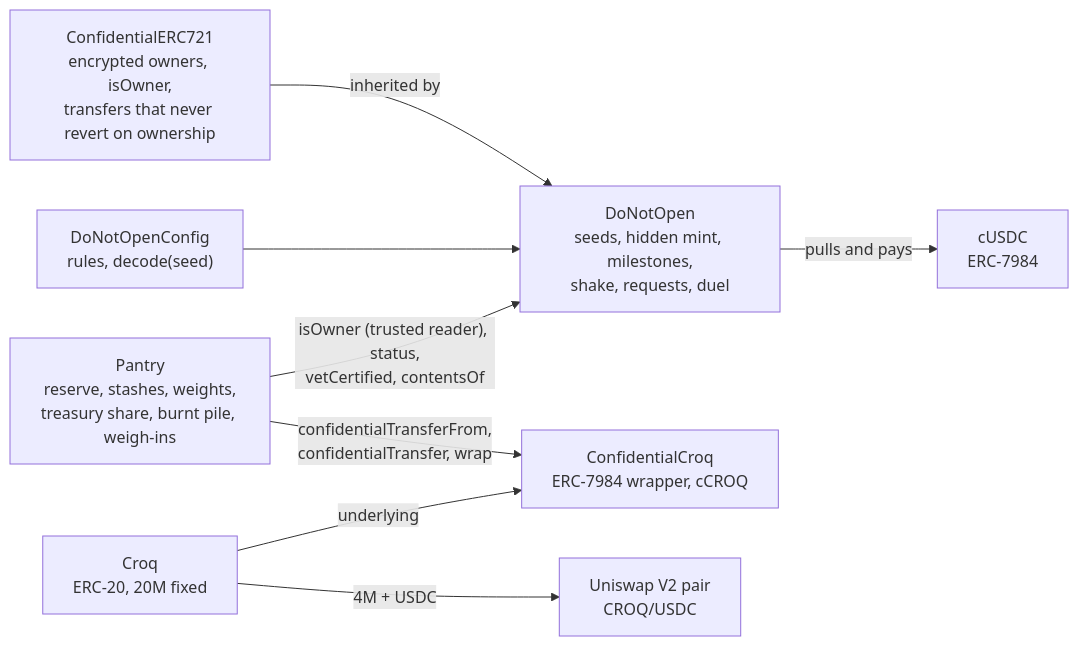
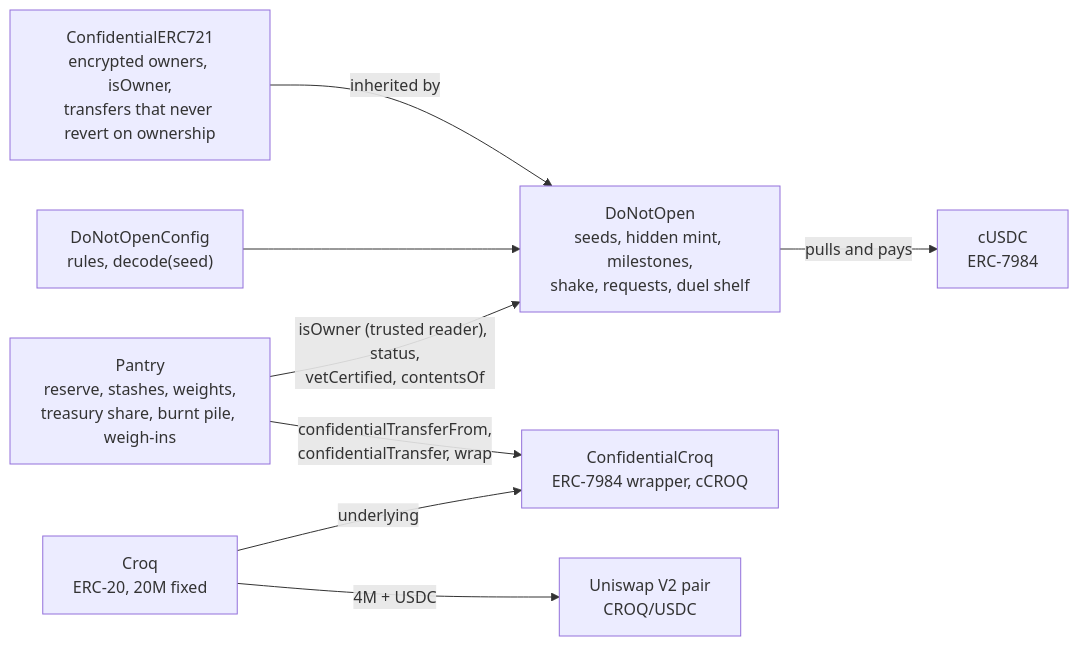
One commit to jecombe/do_not_open changed the third of 6 diagrams in docs/ARCHITECTURE.md. Above: the diagram before and after it, drawn with Mermaid. The commit also changed other lines of this file and 35 other files, not shown here.

First line of the commit message:
Deploy the duel shelf on Sepolia, and bring the docs along

````diff
--- a/docs/ARCHITECTURE.md
+++ b/docs/ARCHITECTURE.md
@@ -66,10 +66,10 @@
 ```mermaid
 flowchart LR
   base["ConfidentialERC721<br/>encrypted owners, isOwner,<br/>transfers that never revert on ownership"] -- "inherited by" --> dno
-  cfg["DoNotOpenConfig<br/>rules, decode(seed)"] --> dno["DoNotOpen<br/>seeds, hidden mint, milestones,<br/>shake, requests, duel"]
+  cfg["DoNotOpenConfig<br/>rules, decode(seed)"] --> dno["DoNotOpen<br/>seeds, hidden mint, milestones,<br/>shake, requests, duel shelf"]
   dno -- "pulls and pays" --> cusdc["cUSDC<br/>ERC-7984"]
   croq["Croq<br/>ERC-20, 20M fixed"] -- "underlying" --> ccroq["ConfidentialCroq<br/>ERC-7984 wrapper, cCROQ"]
   pantry["Pantry<br/>reserve, stashes, weights,<br/>treasury share, burnt pile, weigh-ins"] -- "isOwner (trusted reader), status,<br/>vetCertified, contentsOf" --> dno
   pantry -- "confidentialTransferFrom,<br/>confidentialTransfer, wrap" --> ccroq
   croq -- "4M + USDC" --> pair["Uniswap V2 pair<br/>CROQ/USDC"]
 ```
````
